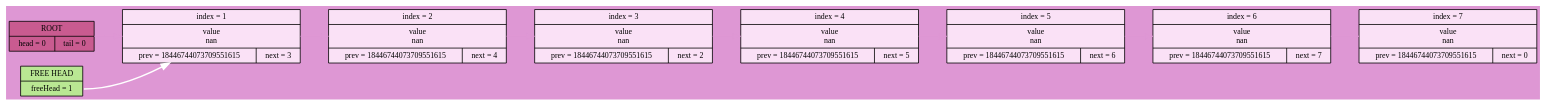
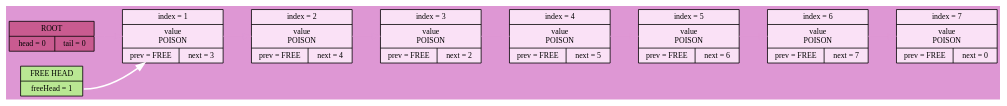
Before and after one commit to Wool5443/LinkedList: the diagram in log/dot/iter8.dot, drawn with Graphviz. The commit also changed 38 other files, not shown here.

```diff
--- a/log/dot/iter8.dot
+++ b/log/dot/iter8.dot
@@ -1,17 +1,17 @@
 digraph
 {
 rankdir = LR;
 node[shape = record, color = "#000000", fontname = "Fira Code Bold", fontsize = 10];
 bgcolor = "#de97d4";
 ROOT[style = "filled", fillcolor = "#c95b90", label = "ROOT|{<head>head = 0|<tail>tail = 0}"];
 FREE_HEAD[style = "filled", fillcolor = "#b9e793", label = "FREE HEAD|<freeHead>freeHead = 1"];
-CELL_1[style = "filled", fillcolor = "#fae1f6", label = "index = 1|value\nnan|{prev = 18446744073709551615|next = 3}"];
-CELL_2[style = "filled", fillcolor = "#fae1f6", label = "index = 2|value\nnan|{prev = 18446744073709551615|next = 4}"];
-CELL_3[style = "filled", fillcolor = "#fae1f6", label = "index = 3|value\nnan|{prev = 18446744073709551615|next = 2}"];
-CELL_4[style = "filled", fillcolor = "#fae1f6", label = "index = 4|value\nnan|{prev = 18446744073709551615|next = 5}"];
-CELL_5[style = "filled", fillcolor = "#fae1f6", label = "index = 5|value\nnan|{prev = 18446744073709551615|next = 6}"];
-CELL_6[style = "filled", fillcolor = "#fae1f6", label = "index = 6|value\nnan|{prev = 18446744073709551615|next = 7}"];
-CELL_7[style = "filled", fillcolor = "#fae1f6", label = "index = 7|value\nnan|{prev = 18446744073709551615|next = 0}"];
+CELL_1[style = "filled", fillcolor = "#fae1f6", label = "index = 1|value\nPOISON|{prev = FREE|next = 3}"];
+CELL_2[style = "filled", fillcolor = "#fae1f6", label = "index = 2|value\nPOISON|{prev = FREE|next = 4}"];
+CELL_3[style = "filled", fillcolor = "#fae1f6", label = "index = 3|value\nPOISON|{prev = FREE|next = 2}"];
+CELL_4[style = "filled", fillcolor = "#fae1f6", label = "index = 4|value\nPOISON|{prev = FREE|next = 5}"];
+CELL_5[style = "filled", fillcolor = "#fae1f6", label = "index = 5|value\nPOISON|{prev = FREE|next = 6}"];
+CELL_6[style = "filled", fillcolor = "#fae1f6", label = "index = 6|value\nPOISON|{prev = FREE|next = 7}"];
+CELL_7[style = "filled", fillcolor = "#fae1f6", label = "index = 7|value\nPOISON|{prev = FREE|next = 0}"];
 ROOT->CELL_1->CELL_2->CELL_3->CELL_4->CELL_5->CELL_6->CELL_7 [weight = 1000000000, color = "#de97d4"];
 FREE_HEAD:freeHead->CELL_1[style = "bold", color = white];
 }
```
